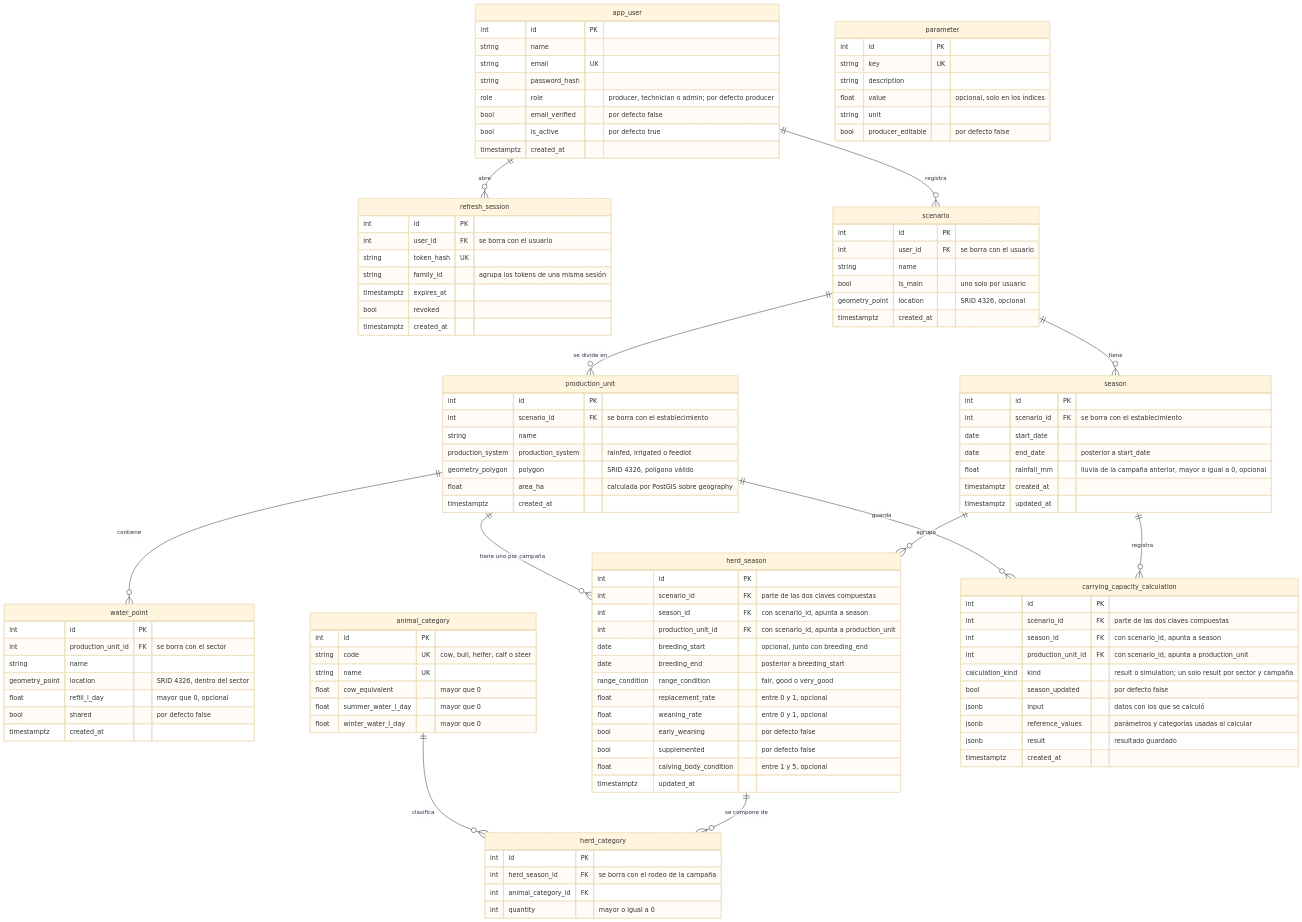
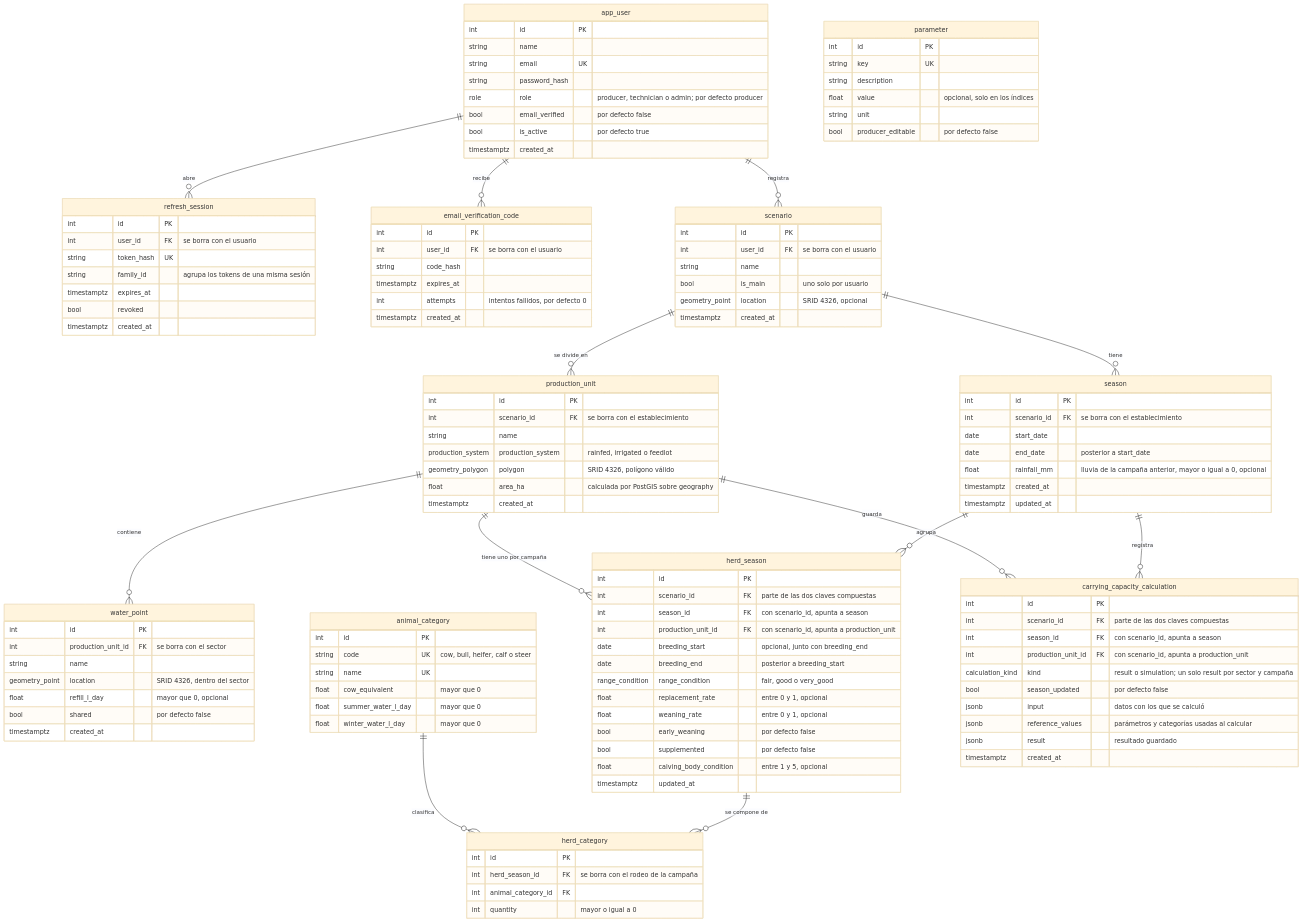
The diagram in docs/diagrama-base-de-datos.md (calculadora-ganadera-mza/calculadora-ganadera), drawn with Mermaid (base theme) before and after one commit. The commit also changed other lines of this file and 31 other files, not shown here.

````diff
--- a/docs/diagrama-base-de-datos.md
+++ b/docs/diagrama-base-de-datos.md
@@ -5,6 +5,7 @@
 ```mermaid
 erDiagram
     app_user ||--o{ refresh_session : "abre"
+    app_user ||--o{ email_verification_code : "recibe"
     app_user ||--o{ scenario : "registra"
     scenario ||--o{ season : "tiene"
     scenario ||--o{ production_unit : "se divide en"
@@ -34,6 +35,15 @@
         string family_id "agrupa los tokens de una misma sesión"
         timestamptz expires_at
         bool revoked
+        timestamptz created_at
+    }
+
+    email_verification_code {
+        int id PK
+        int user_id FK "se borra con el usuario"
+        string code_hash
+        timestamptz expires_at
+        int attempts "intentos fallidos, por defecto 0"
         timestamptz created_at
     }
 
````
